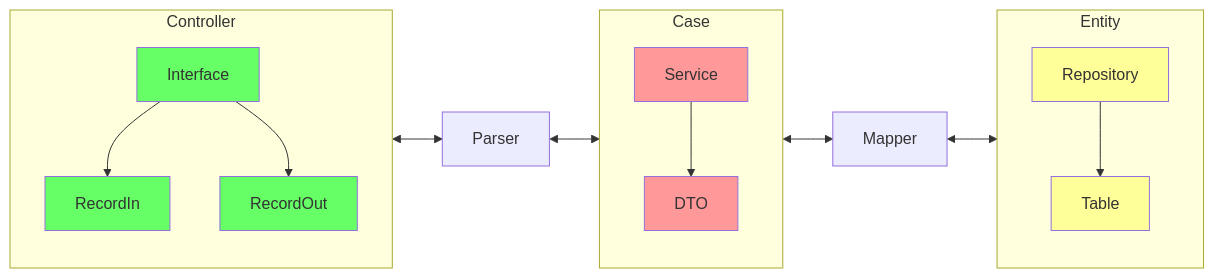
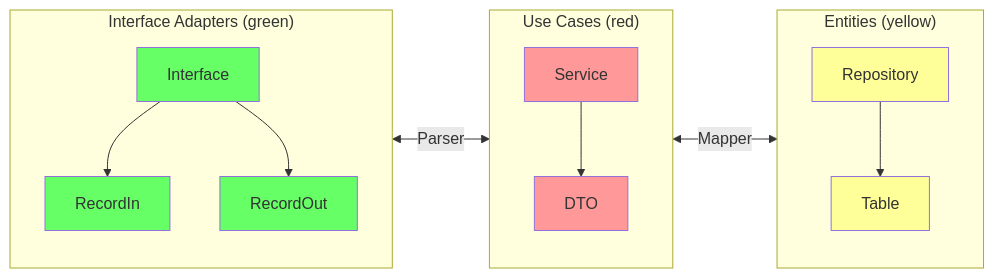
The first of 2 diagrams in docs/classes/architectures/index.md (Insper/platform), drawn with Mermaid before and after one commit. The commit also changed other lines of this file and 1 other file, not shown here.

Commit message:
architecture

````diff
--- a/docs/classes/architectures/index.md
+++ b/docs/classes/architectures/index.md
@@ -14,35 +29,31 @@
 ``` mermaid
 flowchart LR
-  subgraph Controller
+  subgraph Adapters ["Interface Adapters (green)"]
     direction TB
     Interface:::adapter
     RecordIn:::adapter
     RecordOut:::adapter
   end
-  subgraph Case
+  subgraph UseCases ["Use Cases (red)"]
     direction TB
-    Service:::case
-    DTO:::case
+    Service:::usecase
+    DTO:::usecase
   end
-  subgraph Entity
+  subgraph Entities ["Entities (yellow)"]
     direction TB
     Repository:::entity
     Table:::entity
   end
 
   Interface --> RecordIn
   Interface --> RecordOut
 
-  Controller <--> parser["Parser"] <--> Case
-
+  Adapters <-->|Parser| UseCases
   Service --> DTO
-
-  Case <--> mapper["Mapper"] <--> Entity
-
+  UseCases <-->|Mapper| Entities
   Repository --> Table
 
   classDef adapter fill:#6f6
-  classDef case fill:#f99
+  classDef usecase fill:#f99
   classDef entity fill:#ff9
-
 ```
````
